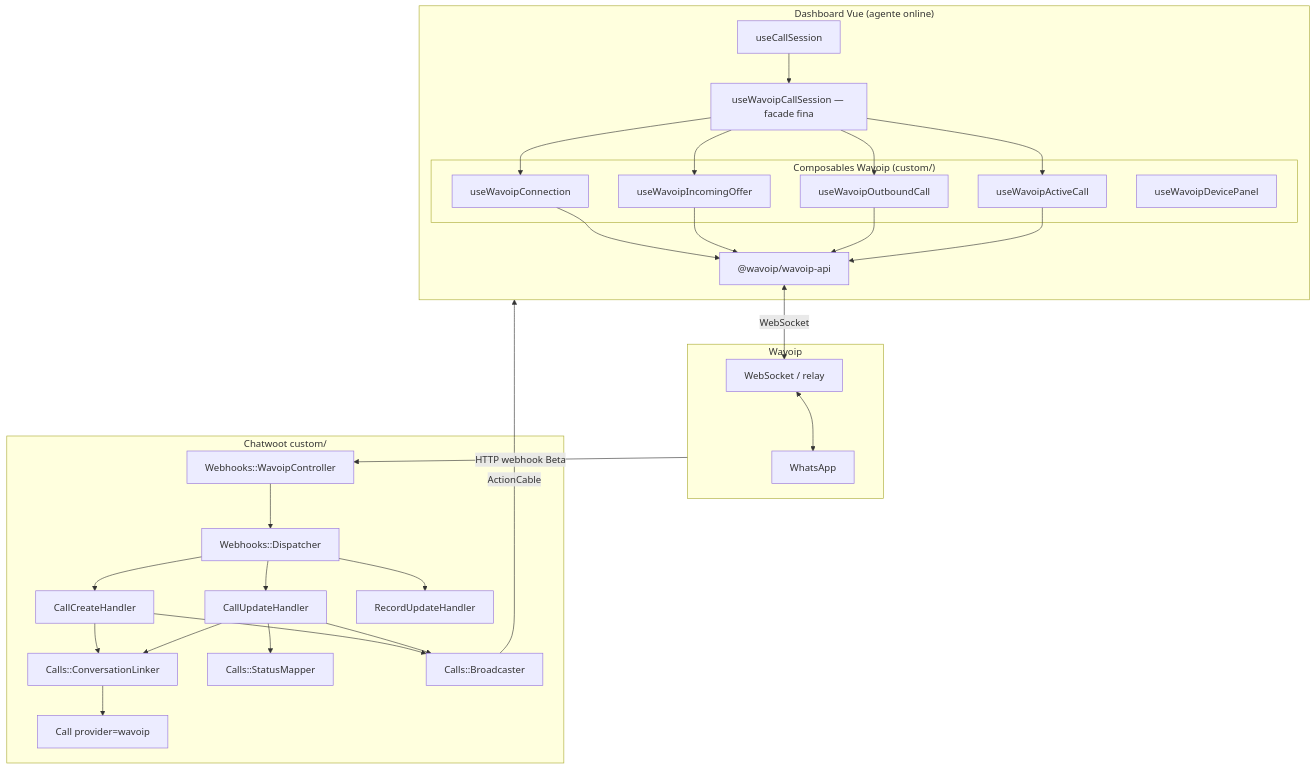
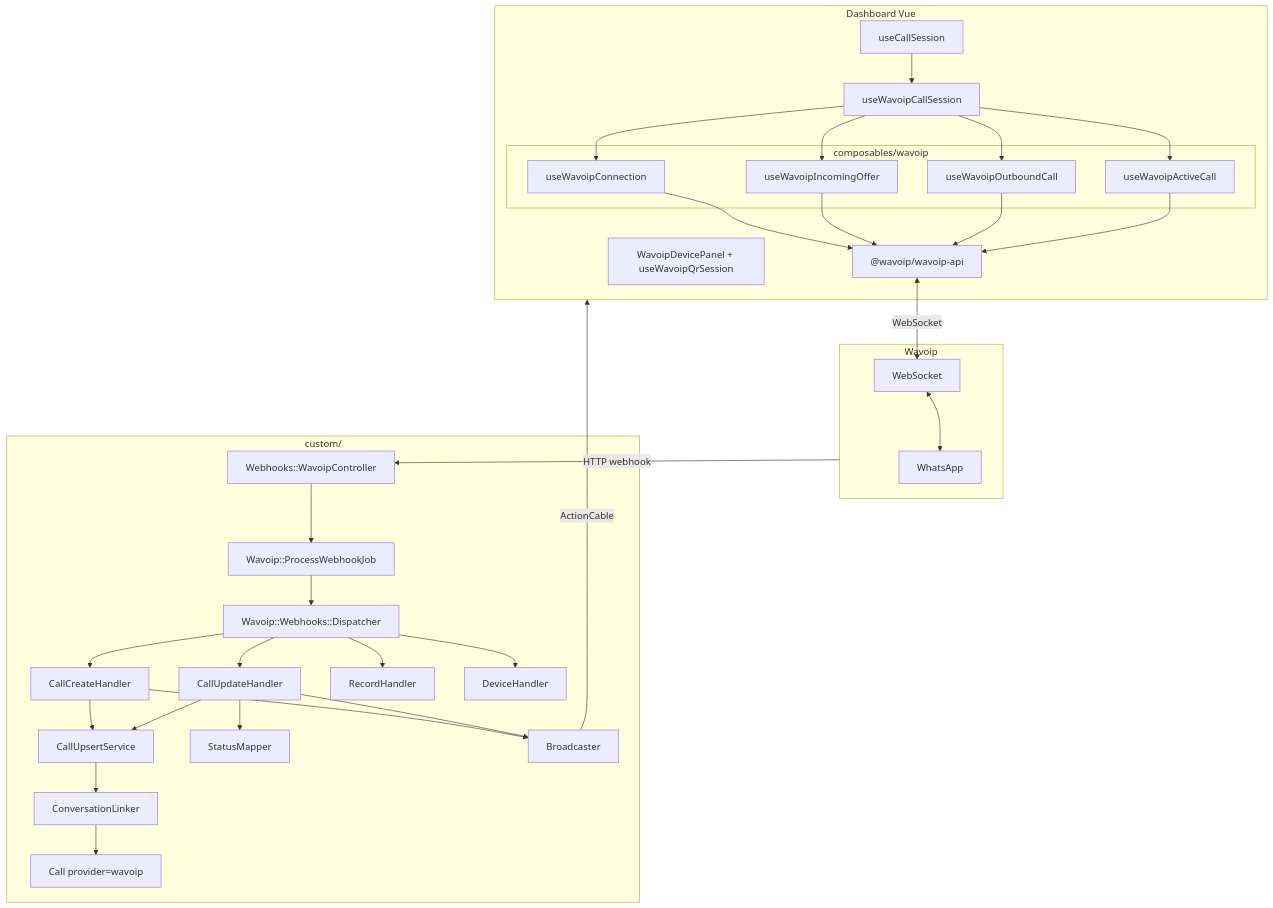
One commit to cesar-carlos/chatwoot changed the first of 3 diagrams in doc/feature/whatsapp-voice/wavoip-provider/architecture.md. Above: the diagram before and after it, drawn with Mermaid. The commit also changed other lines of this file and 50 other files, not shown here.

First line of the commit message:
feat(fork): improve Wavoip device panel UX and ops health

````diff
--- a/doc/feature/whatsapp-voice/wavoip-provider/architecture.md
+++ b/doc/feature/whatsapp-voice/wavoip-provider/architecture.md
@@ -17,44 +11,47 @@
 ```mermaid
 flowchart TB
-  subgraph Browser["Dashboard Vue (agente online)"]
+  subgraph Browser["Dashboard Vue"]
     UCS[useCallSession]
-    WCS[useWavoipCallSession — facade fina]
-    subgraph WavoipFE["Composables Wavoip (custom/)"]
+    WCS[useWavoipCallSession]
+    subgraph WavoipFE["composables/wavoip"]
       CONN[useWavoipConnection]
       IN[useWavoipIncomingOffer]
       OUT[useWavoipOutboundCall]
       ACT[useWavoipActiveCall]
-      DEV[useWavoipDevicePanel]
     end
     UCS --> WCS
     WCS --> CONN & IN & OUT & ACT
     API["@wavoip/wavoip-api"]
     CONN & IN & OUT & ACT --> API
+    PANEL[WavoipDevicePanel + useWavoipQrSession]
   end
 
   subgraph WavoipCloud["Wavoip"]
-    WS[WebSocket / relay]
+    WS[WebSocket]
     WA[WhatsApp]
   end
 
-  subgraph Rails["Chatwoot custom/"]
+  subgraph Rails["custom/"]
     WH[Webhooks::WavoipController]
-    DISP[Webhooks::Dispatcher]
+    JOB[Wavoip::ProcessWebhookJob]
+    DISP[Wavoip::Webhooks::Dispatcher]
     H1[CallCreateHandler]
     H2[CallUpdateHandler]
-    H3[RecordUpdateHandler]
-    LINK[Calls::ConversationLinker]
-    MAP[Calls::StatusMapper]
-    BC[Calls::Broadcaster]
+    H3[RecordHandler]
+    H4[DeviceHandler]
+    UPSERT[CallUpsertService]
+    LINK[ConversationLinker]
+    MAP[StatusMapper]
+    BC[Broadcaster]
     CALL[Call provider=wavoip]
   end
 
   API <-->|WebSocket| WS
   WS <--> WA
-  WavoipCloud -->|HTTP webhook Beta| WH
-  WH --> DISP --> H1 & H2 & H3
-  H1 & H2 --> LINK --> CALL
+  WavoipCloud -->|HTTP webhook| WH
+  WH --> JOB --> DISP --> H1 & H2 & H3 & H4
+  H1 & H2 --> UPSERT --> LINK --> CALL
   H2 --> MAP
   H1 & H2 --> BC
   BC -->|ActionCable| Browser
 ```
````
